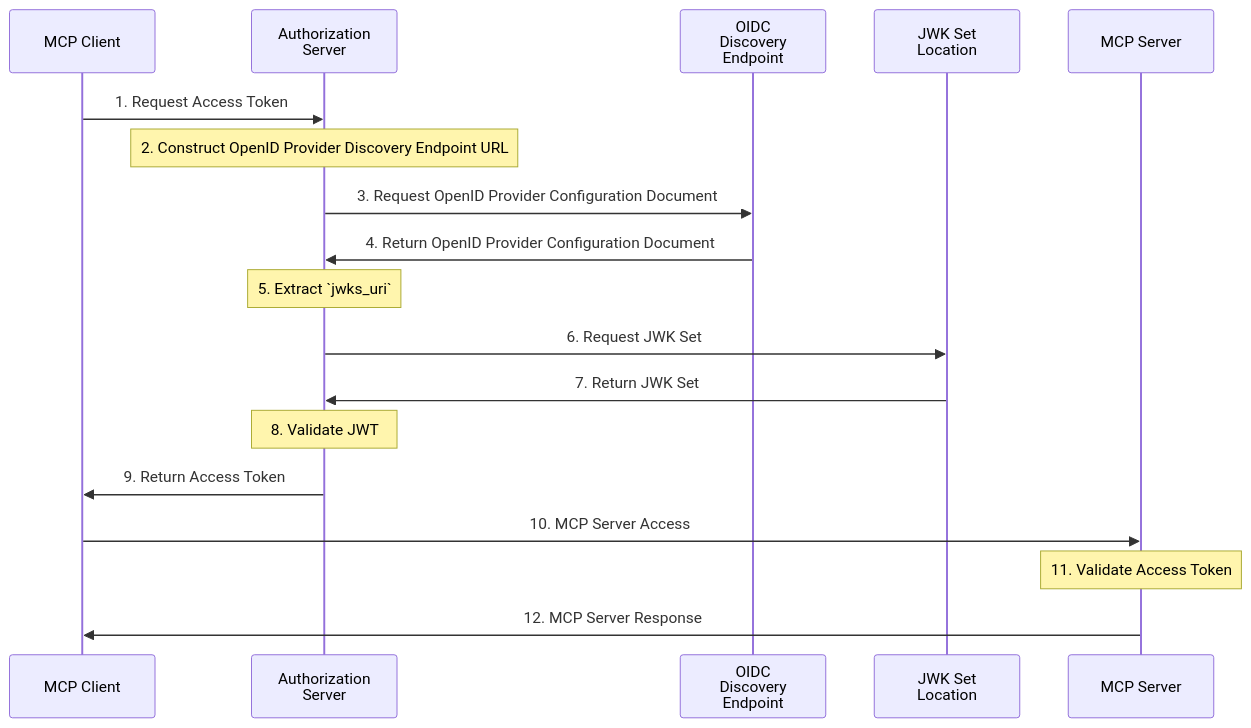
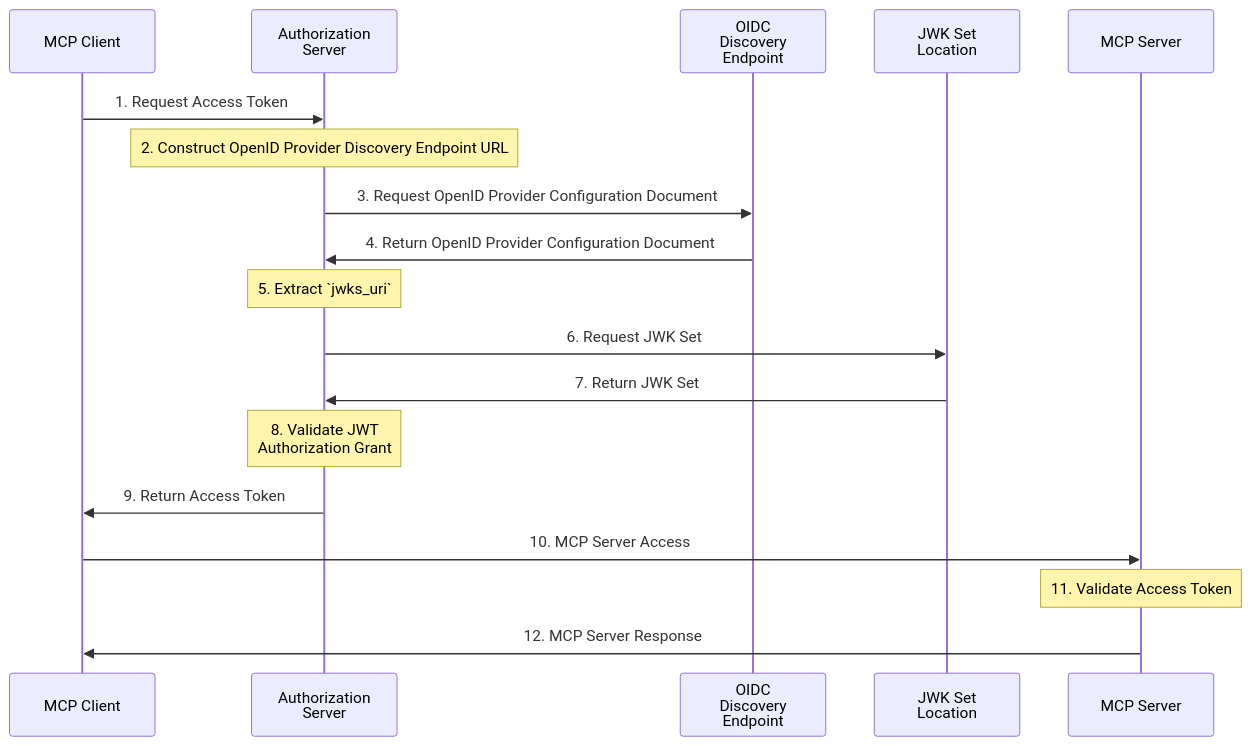
One commit to modelcontextprotocol/ext-auth changed the diagram in specification/draft/workload-identity-federation.mdx. Above: the diagram before and after it, drawn with Mermaid. The commit also changed other lines of this file, not shown here.

````diff
--- a/specification/draft/workload-identity-federation.mdx
+++ b/specification/draft/workload-identity-federation.mdx
@@ -91,21 +88,21 @@
 ```mermaid
 sequenceDiagram
     participant Client as MCP Client
     participant Auth as Authorization<br/>Server
     participant OIDC as OIDC<br/>Discovery<br/>Endpoint
     participant JWKS_URI as JWK Set<br/>Location
     participant Server as MCP Server
     
     Client->>Auth: 1. Request Access Token
     Note over Auth: 2. Construct OpenID Provider Discovery Endpoint URL
     Auth->>OIDC: 3. Request OpenID Provider Configuration Document
     OIDC->>Auth: 4. Return OpenID Provider Configuration Document
     Note over Auth: 5. Extract `jwks_uri`
     Auth->>JWKS_URI: 6. Request JWK Set
     JWKS_URI->>Auth: 7. Return JWK Set
-    Note over Auth: 8. Validate JWT
+    Note over Auth: 8. Validate JWT<br/>Authorization Grant
     Auth->>Client: 9. Return Access Token
     Client->>Server: 10. MCP Server Access
     Note over Server: 11. Validate Access Token
     Server->>Client: 12. MCP Server Response
 ```
````
